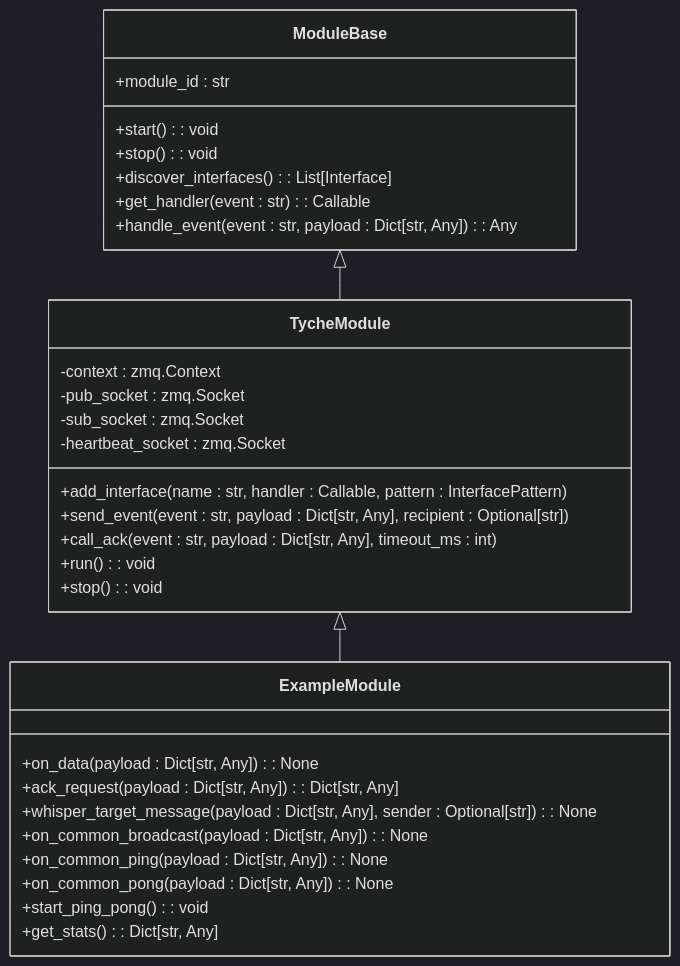
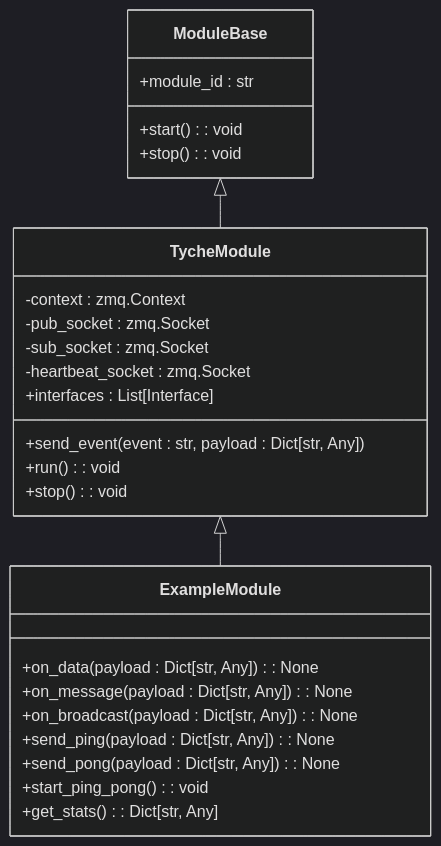
The fourth of 8 diagrams in .qoder/repowiki/en/content/Core Components/TycheModule System.md (zt281/TycheEngine), drawn with Mermaid (dark theme) before and after one commit. The commit also changed other lines of this file and 34 other files, not shown here.

First line of the commit message:
feat: implement unified message queue (v3 interface model)

````diff
--- a/.qoder/repowiki/en/content/Core Components/TycheModule System.md
+++ b/.qoder/repowiki/en/content/Core Components/TycheModule System.md
@@ -246,34 +245,29 @@
 ```mermaid
 classDiagram
 class ModuleBase {
 +module_id : str
 +start() : void
 +stop() : void
-+discover_interfaces() : List[Interface]
-+get_handler(event : str) : Callable
-+handle_event(event : str, payload : Dict[str, Any]) : Any
 }
 class TycheModule {
 -context : zmq.Context
 -pub_socket : zmq.Socket
 -sub_socket : zmq.Socket
 -heartbeat_socket : zmq.Socket
-+add_interface(name : str, handler : Callable, pattern : InterfacePattern)
-+send_event(event : str, payload : Dict[str, Any], recipient : Optional[str])
-+call_ack(event : str, payload : Dict[str, Any], timeout_ms : int)
++interfaces : List[Interface]
++send_event(event : str, payload : Dict[str, Any])
 +run() : void
 +stop() : void
 }
 class ExampleModule {
 +on_data(payload : Dict[str, Any]) : None
-+ack_request(payload : Dict[str, Any]) : Dict[str, Any]
-+whisper_target_message(payload : Dict[str, Any], sender : Optional[str]) : None
-+on_common_broadcast(payload : Dict[str, Any]) : None
-+on_common_ping(payload : Dict[str, Any]) : None
-+on_common_pong(payload : Dict[str, Any]) : None
++on_message(payload : Dict[str, Any]) : None
++on_broadcast(payload : Dict[str, Any]) : None
++send_ping(payload : Dict[str, Any]) : None
++send_pong(payload : Dict[str, Any]) : None
 +start_ping_pong() : void
 +get_stats() : Dict[str, Any]
 }
 ModuleBase <|-- TycheModule
 TycheModule <|-- ExampleModule
 ```
````
